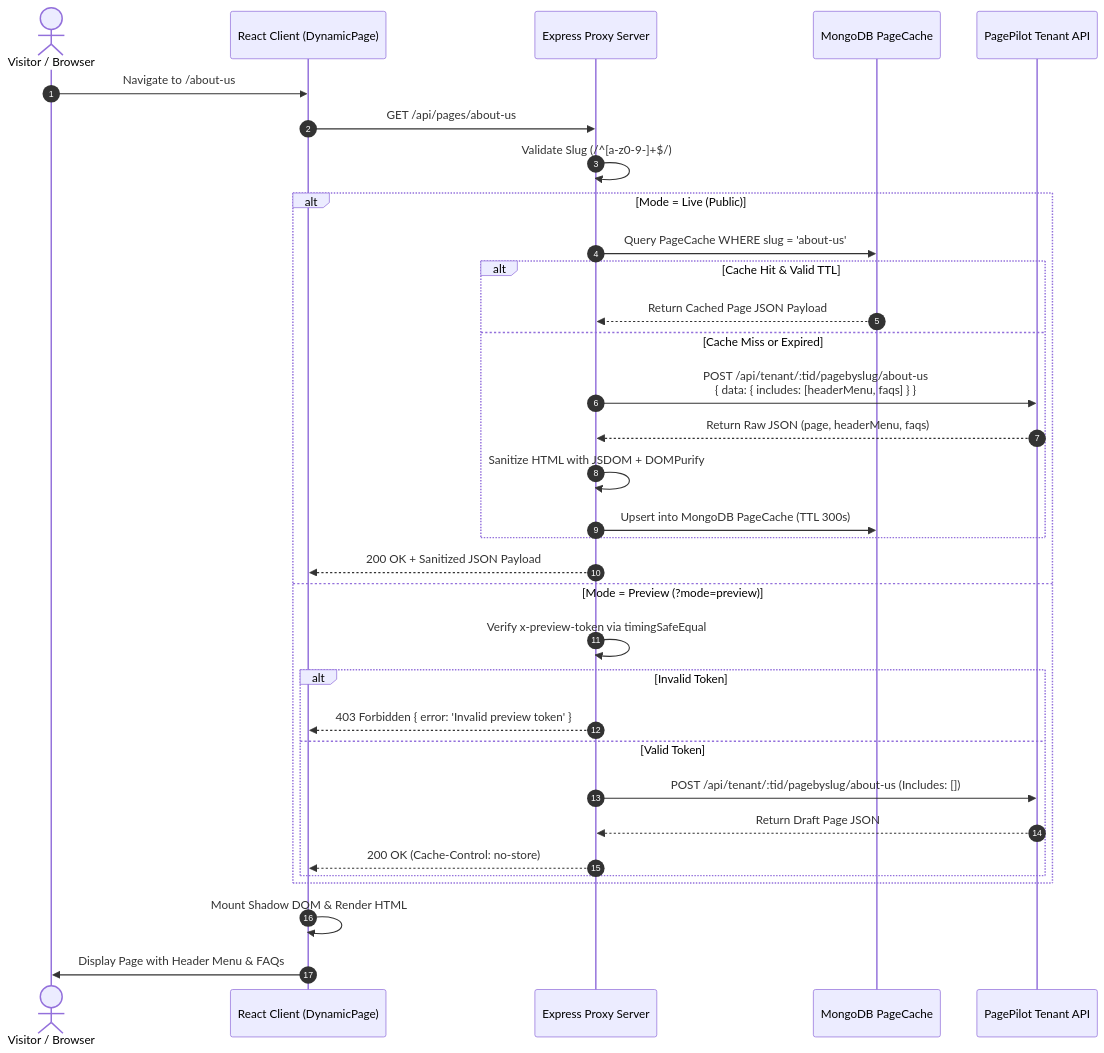
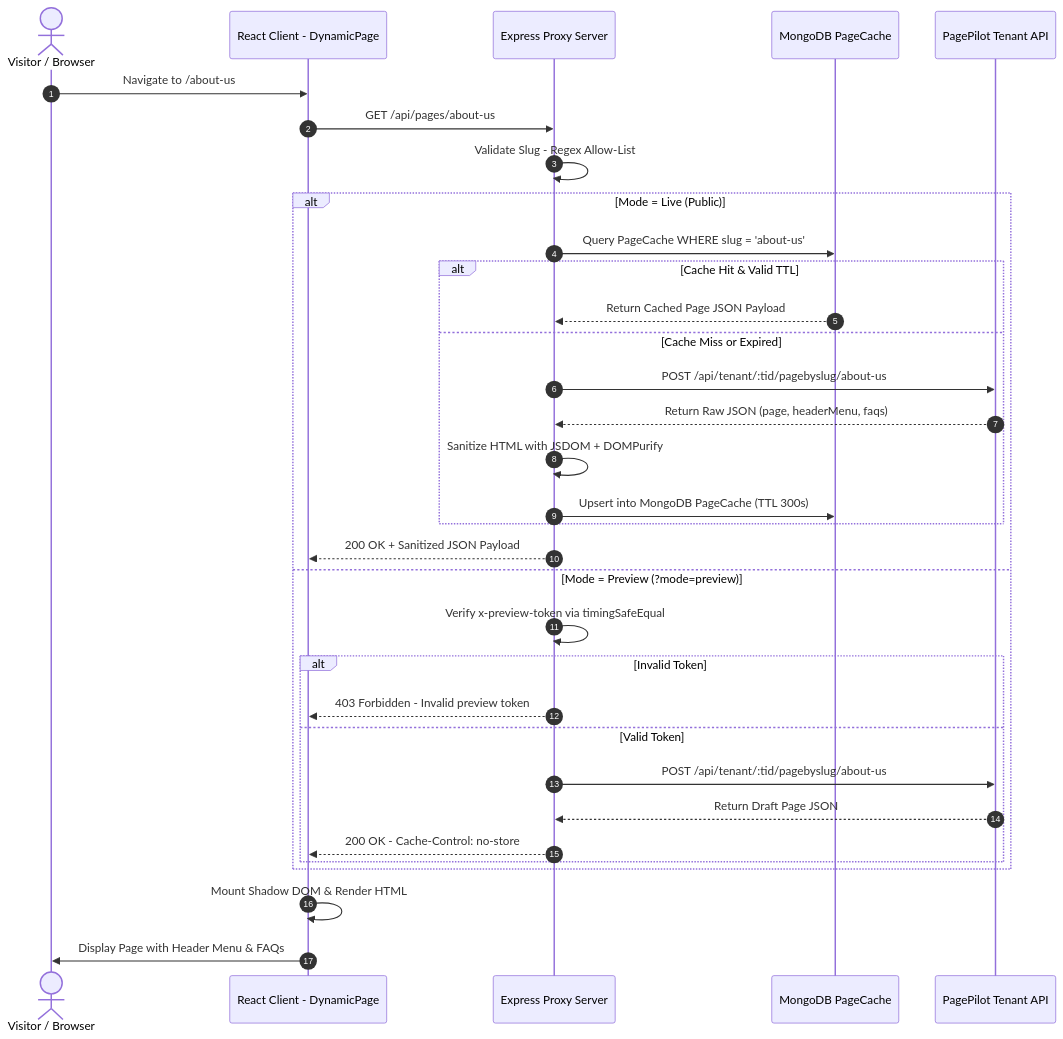
Before and after one commit to KunalTechs/PagePilot-MERN-Host: the second of 3 diagrams in README.md, drawn with Mermaid. The commit also changed other lines of this file, not shown here.

Commit message:
Fix: Sanitize Mermaid diagram label syntax for GitHub preview rendering

````diff
--- a/README.md
+++ b/README.md
@@ -109,38 +109,38 @@
 ```mermaid
 sequenceDiagram
     autonumber
     actor User as Visitor / Browser
-    participant Client as React Client (DynamicPage)
+    participant Client as React Client - DynamicPage
     participant Proxy as Express Proxy Server
     participant Cache as MongoDB PageCache
     participant Upstream as PagePilot Tenant API
 
     User->>Client: Navigate to /about-us
     Client->>Proxy: GET /api/pages/about-us
-    Proxy->>Proxy: Validate Slug (/^[a-z0-9-]+$/)
+    Proxy->>Proxy: Validate Slug - Regex Allow-List
     
     alt Mode = Live (Public)
         Proxy->>Cache: Query PageCache WHERE slug = 'about-us'
         alt Cache Hit & Valid TTL
             Cache-->>Proxy: Return Cached Page JSON Payload
         else Cache Miss or Expired
-            Proxy->>Upstream: POST /api/tenant/:tid/pagebyslug/about-us<br/>{ data: { includes: [headerMenu, faqs] } }
+            Proxy->>Upstream: POST /api/tenant/:tid/pagebyslug/about-us
             Upstream-->>Proxy: Return Raw JSON (page, headerMenu, faqs)
             Proxy->>Proxy: Sanitize HTML with JSDOM + DOMPurify
             Proxy->>Cache: Upsert into MongoDB PageCache (TTL 300s)
         end
         Proxy-->>Client: 200 OK + Sanitized JSON Payload
     else Mode = Preview (?mode=preview)
         Proxy->>Proxy: Verify x-preview-token via timingSafeEqual
         alt Invalid Token
-            Proxy-->>Client: 403 Forbidden { error: 'Invalid preview token' }
+            Proxy-->>Client: 403 Forbidden - Invalid preview token
         else Valid Token
-            Proxy->>Upstream: POST /api/tenant/:tid/pagebyslug/about-us (Includes: [])
+            Proxy->>Upstream: POST /api/tenant/:tid/pagebyslug/about-us
             Upstream-->>Proxy: Return Draft Page JSON
-            Proxy-->>Client: 200 OK (Cache-Control: no-store)
+            Proxy-->>Client: 200 OK - Cache-Control: no-store
         end
     end
     
     Client->>Client: Mount Shadow DOM & Render HTML
     Client->>User: Display Page with Header Menu & FAQs
 ```
````
